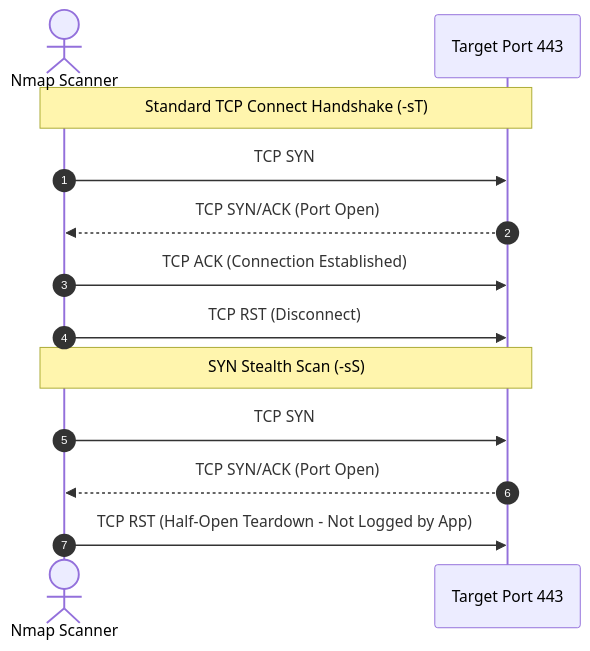
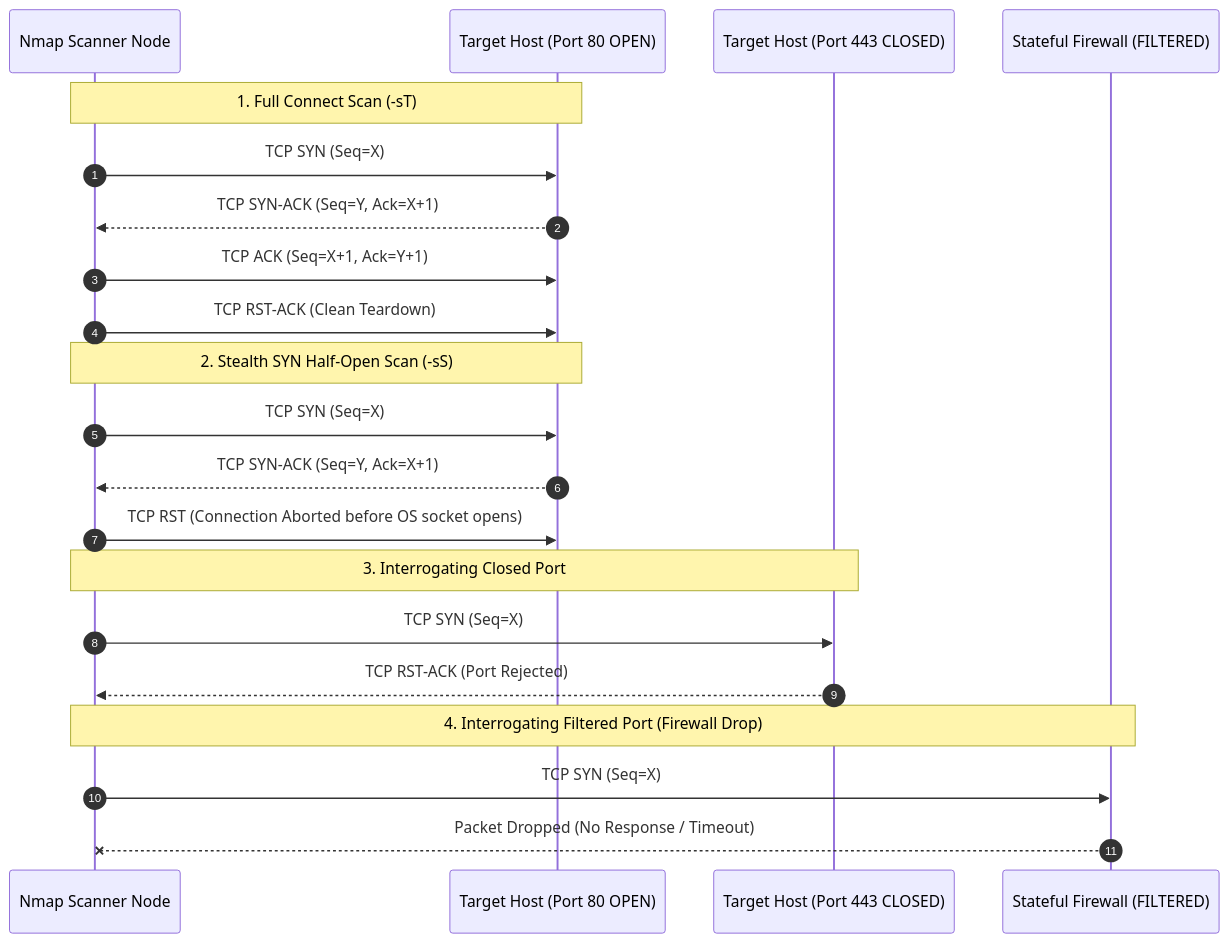
Before and after one commit to CloudSecCorner/cloudseccorner.github.io: the second of 2 diagrams in priv/static/labs/NMAP-Practical-Labs.md, drawn with Mermaid. The commit also changed other lines of this file and 4 other files, not shown here.

Commit message:
feat(labs): overhaul nmap auditing lab with packet mechanics and custom nse scripts

````diff
--- a/priv/static/labs/NMAP-Practical-Labs.md
+++ b/priv/static/labs/NMAP-Practical-Labs.md
@@ -72,17 +59,27 @@
 ```mermaid
 sequenceDiagram
-  autonumber
-  actor Scanner as Nmap Scanner
-  participant Target as Target Port 443
+    autonumber
+    participant Scanner as Nmap Scanner Node
+    participant TargetOpen as Target Host (Port 80 OPEN)
+    participant TargetClosed as Target Host (Port 443 CLOSED)
+    participant Firewall as Stateful Firewall (FILTERED)
 
-  Note over Scanner,Target: Standard TCP Connect Handshake (-sT)
-  Scanner->>Target: TCP SYN
-  Target-->>Scanner: TCP SYN/ACK (Port Open)
-  Scanner->>Target: TCP ACK (Connection Established)
-  Scanner->>Target: TCP RST (Disconnect)
+    Note over Scanner,TargetOpen: 1. Full Connect Scan (-sT)
+    Scanner->>TargetOpen: TCP SYN (Seq=X)
+    TargetOpen-->>Scanner: TCP SYN-ACK (Seq=Y, Ack=X+1)
+    Scanner->>TargetOpen: TCP ACK (Seq=X+1, Ack=Y+1)
+    Scanner->>TargetOpen: TCP RST-ACK (Clean Teardown)
 
-  Note over Scanner,Target: SYN Stealth Scan (-sS)
-  Scanner->>Target: TCP SYN
-  Target-->>Scanner: TCP SYN/ACK (Port Open)
-  Scanner->>Target: TCP RST (Half-Open Teardown - Not Logged by App)
+    Note over Scanner,TargetOpen: 2. Stealth SYN Half-Open Scan (-sS)
+    Scanner->>TargetOpen: TCP SYN (Seq=X)
+    TargetOpen-->>Scanner: TCP SYN-ACK (Seq=Y, Ack=X+1)
+    Scanner->>TargetOpen: TCP RST (Connection Aborted before OS socket opens)
+
+    Note over Scanner,TargetClosed: 3. Interrogating Closed Port
+    Scanner->>TargetClosed: TCP SYN (Seq=X)
+    TargetClosed-->>Scanner: TCP RST-ACK (Port Rejected)
+
+    Note over Scanner,Firewall: 4. Interrogating Filtered Port (Firewall Drop)
+    Scanner->>Firewall: TCP SYN (Seq=X)
+    Firewall--xScanner: Packet Dropped (No Response / Timeout)
 ```
````
